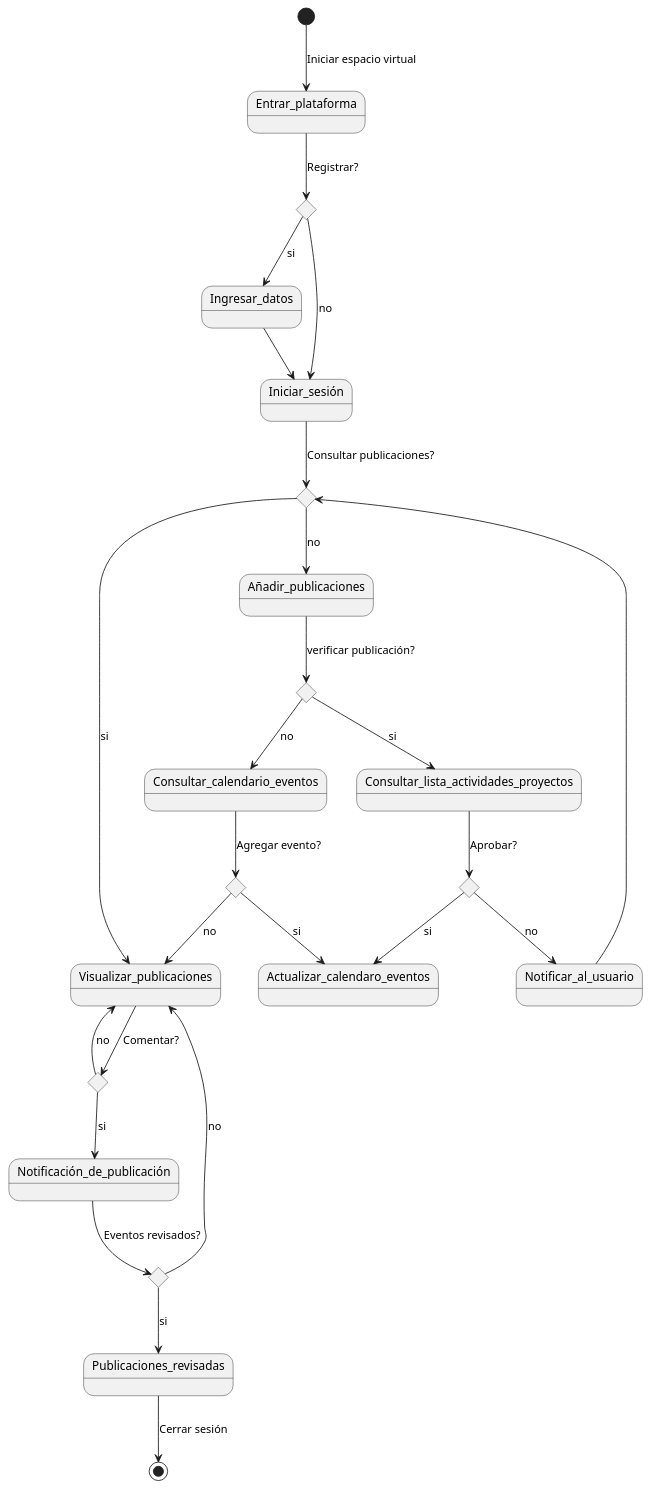
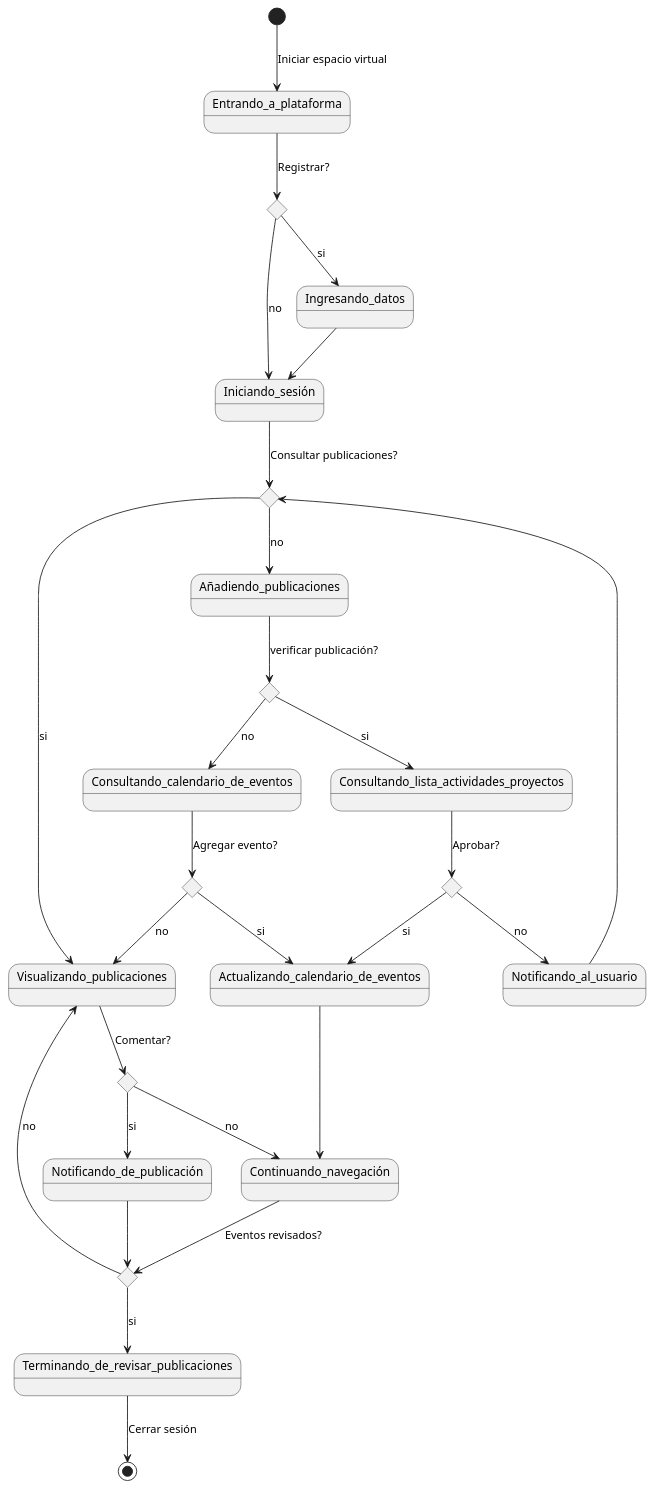
One commit to Dayannis-07/ING_SOFT changed the diagram in docs/scenariosView/Diagrama de Estado.puml. Above: the diagram before and after it, drawn with PlantUML.

Commit message:
correción diagrama de estado

```diff
--- a/docs/scenariosView/Diagrama de Estado.puml
+++ b/docs/scenariosView/Diagrama de Estado.puml
@@ -1,37 +1,39 @@
 @startuml Diagrama de Estado Proyecto
 state c1 <<choice>>
 state c2 <<choice>>
 state c3 <<choice>>
 state c4 <<choice>>
 state c5 <<choice>>
 state c6 <<choice>>
 state c7 <<choice>>
 
-[*] --> Entrar_plataforma: Iniciar espacio virtual
-Entrar_plataforma-->c1:Registrar?
-c1-->Ingresar_datos :si
-c1-->Iniciar_sesión :no
-Ingresar_datos-->Iniciar_sesión
-Iniciar_sesión-->c2:Consultar publicaciones?
-c2-->Visualizar_publicaciones :si
-c2--> Añadir_publicaciones :no
-Visualizar_publicaciones-->c3:Comentar?
-c3-->Notificación_de_publicación :si
-c3-->Visualizar_publicaciones :no
-Notificación_de_publicación-->c4:Eventos revisados?
-c4-->Publicaciones_revisadas :si
-Publicaciones_revisadas-->[*] :Cerrar sesión
-c4--> Visualizar_publicaciones :no
-Añadir_publicaciones-->c5: verificar publicación?
-c5-->Consultar_lista_actividades_proyectos :si
-c5-->Consultar_calendario_eventos :no
-Consultar_lista_actividades_proyectos-->c6:Aprobar?
-c6-->Actualizar_calendaro_eventos :si
-c6-->Notificar_al_usuario :no
-Notificar_al_usuario-->c2
-Consultar_calendario_eventos-->c7:Agregar evento?
-c7-->Actualizar_calendaro_eventos :si
-c7--> Visualizar_publicaciones :no
+[*] --> Entrando_a_plataforma: Iniciar espacio virtual
+Entrando_a_plataforma-->c1:Registrar?
+c1-->Ingresando_datos :si
+c1-->Iniciando_sesión :no
+Ingresando_datos-->Iniciando_sesión
+Iniciando_sesión-->c2:Consultar publicaciones?
+c2-->Visualizando_publicaciones :si
+c2--> Añadiendo_publicaciones :no
+Visualizando_publicaciones-->c3:Comentar?
+c3-->Notificando_de_publicación :si
+c3-->Continuando_navegación :no
+Notificando_de_publicación-->c4
+Continuando_navegación-->c4:Eventos revisados?
+c4-->Terminando_de_revisar_publicaciones :si
+Terminando_de_revisar_publicaciones-->[*] :Cerrar sesión
+c4--> Visualizando_publicaciones :no
+Añadiendo_publicaciones-->c5: verificar publicación?
+c5-->Consultando_lista_actividades_proyectos :si
+c5-->Consultando_calendario_de_eventos :no
+Consultando_lista_actividades_proyectos-->c6:Aprobar?
+c6-->Actualizando_calendario_de_eventos :si
+Actualizando_calendario_de_eventos-->Continuando_navegación
+c6-->Notificando_al_usuario :no
+Notificando_al_usuario-->c2
+Consultando_calendario_de_eventos-->c7:Agregar evento?
+c7-->Actualizando_calendario_de_eventos :si
+c7--> Visualizando_publicaciones :no
 
 
 @enduml
```
